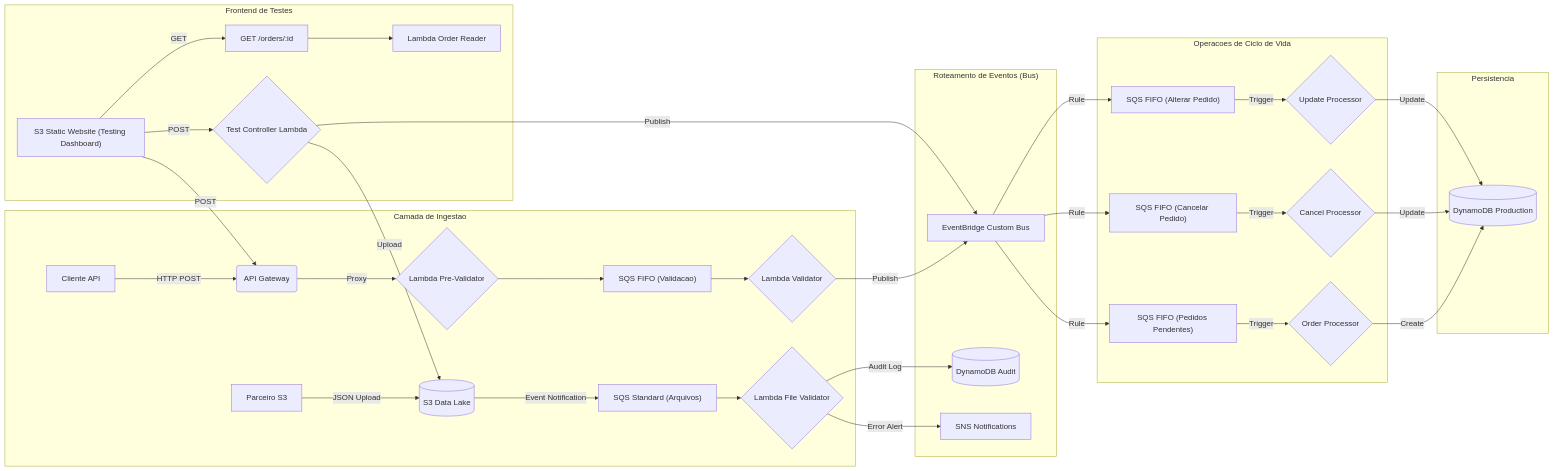
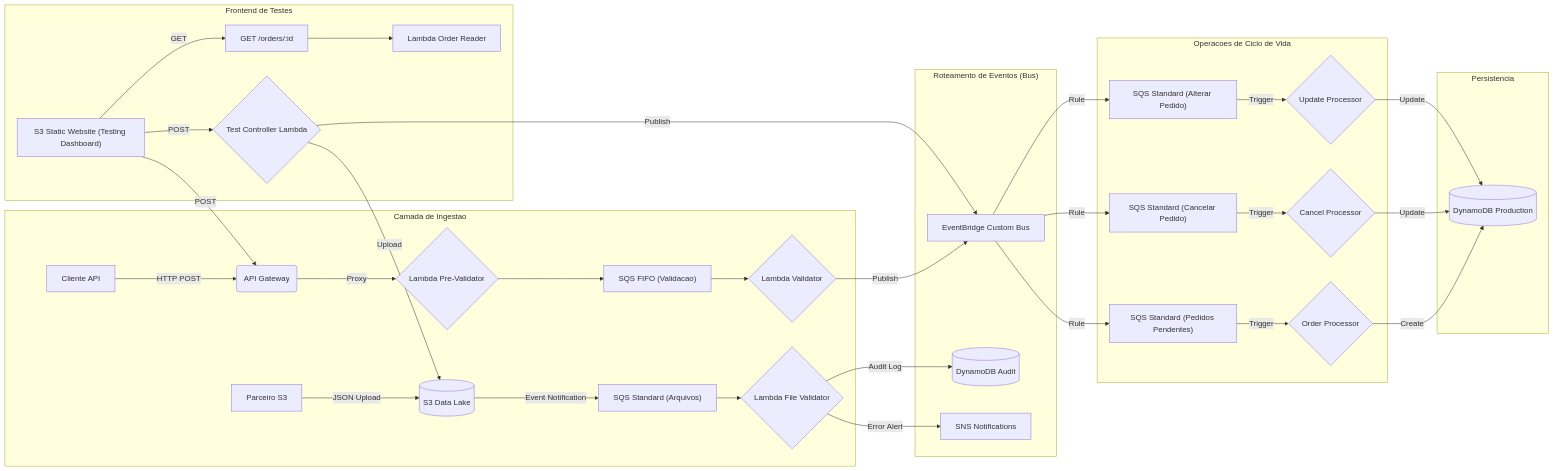
One commit to DessimA/aws-serverless-order-management changed the diagram in README.md. Above: the diagram before and after it, drawn with Mermaid. The commit also changed other lines of this file, not shown here.

Commit message:
fix: standardize SQS queue labels in README diagram and description

````diff
--- a/README.md
+++ b/README.md
@@ -17,40 +17,40 @@
 ```mermaid
 flowchart LR
     subgraph "Camada de Ingestao"
         A["Cliente API"] -- "HTTP POST" --> B("API Gateway")
         B -- "Proxy" --> C{"Lambda Pre-Validator"}
         C --> D["SQS FIFO (Validacao)"]
         D --> E{"Lambda Validator"}
         F["Parceiro S3"] -- "JSON Upload" --> G[("S3 Data Lake")]
         G -- "Event Notification" --> H["SQS Standard (Arquivos)"]
         H --> I{"Lambda File Validator"}
     end
 
     subgraph "Roteamento de Eventos (Bus)"
         E -- "Publish" --> J["EventBridge Custom Bus"]
         I -- "Audit Log" --> K[("DynamoDB Audit")]
         I -- "Error Alert" --> L["SNS Notifications"]
     end
 
     subgraph "Operacoes de Ciclo de Vida"
-        J -- "Rule" --> M["SQS FIFO (Pedidos Pendentes)"] -- "Trigger" --> N{"Order Processor"}
-        J -- "Rule" --> O["SQS FIFO (Cancelar Pedido)"] -- "Trigger" --> P{"Cancel Processor"}
-        J -- "Rule" --> Q["SQS FIFO (Alterar Pedido)"] -- "Trigger" --> R{"Update Processor"}
+        J -- "Rule" --> M["SQS Standard (Pedidos Pendentes)"] -- "Trigger" --> N{"Order Processor"}
+        J -- "Rule" --> O["SQS Standard (Cancelar Pedido)"] -- "Trigger" --> P{"Cancel Processor"}
+        J -- "Rule" --> Q["SQS Standard (Alterar Pedido)"] -- "Trigger" --> R{"Update Processor"}
     end
 
     subgraph "Persistencia"
         N -- "Create" --> S[("DynamoDB Production")]
         P -- "Update" --> S
         R -- "Update" --> S
     end
 
     subgraph "Frontend de Testes"
         T["S3 Static Website (Testing Dashboard)"]
         T -- "POST" --> B
         T -- "POST" --> X{"Test Controller Lambda"}
         T -- "GET" --> Y["GET /orders/:id"]
         Y --> V["Lambda Order Reader"]
         X -- "Publish" --> J
         X -- "Upload" --> G
     end
 ```
````
